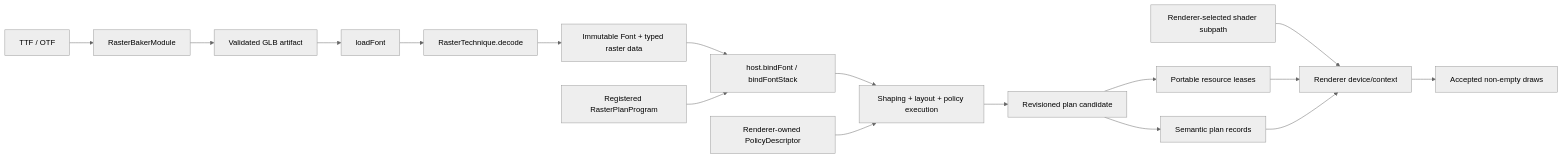
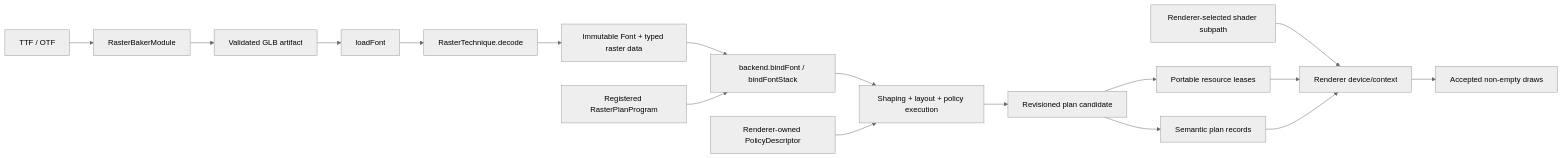
Before and after one commit to pmndrs/glyph: the first of 2 diagrams in docs/guides/technique-implementation-report.md, drawn with Mermaid (neutral theme). The commit also changed other lines of this file and 82 other files, not shown here.

````diff
--- a/docs/guides/technique-implementation-report.md
+++ b/docs/guides/technique-implementation-report.md
@@ -49,19 +49,19 @@
 ```mermaid
 flowchart LR
   Source[TTF / OTF] --> Baker[RasterBakerModule]
   Baker --> Artifact[Validated GLB artifact]
   Artifact --> Load[loadFont]
   Load --> Raster[RasterTechnique.decode]
   Raster --> Font[Immutable Font + typed raster data]
-  Font --> Bind[host.bindFont / bindFontStack]
+  Font --> Bind[backend.bindFont / bindFontStack]
   Plan[Registered RasterPlanProgram] --> Bind
   Bind --> Wasm[Shaping + layout + policy execution]
   Policy[Renderer-owned PolicyDescriptor] --> Wasm
   Wasm --> Candidate[Revisioned plan candidate]
   Candidate --> Payloads[Portable resource leases]
   Candidate --> Records[Semantic plan records]
   Shader[Renderer-selected shader subpath] --> Device[Renderer device/context]
   Payloads --> Device
   Records --> Device
   Device --> Draw[Accepted non-empty draws]
 ```
````
